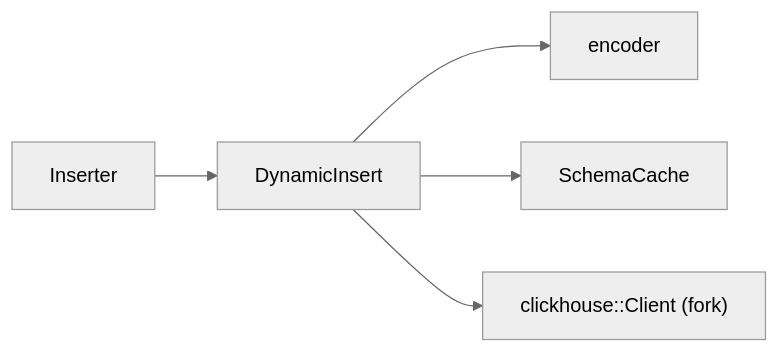
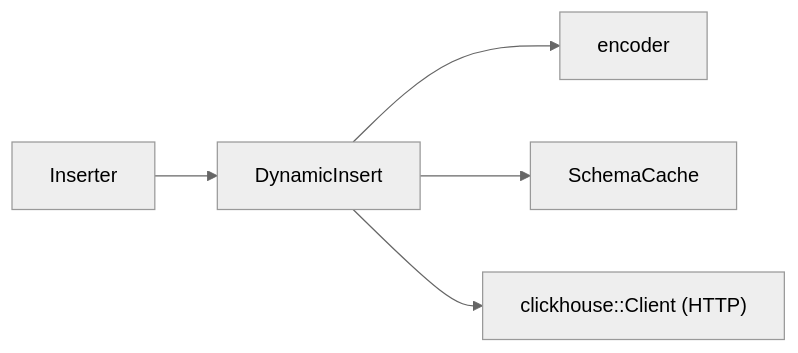
The diagram in docs/clickhouse/README.md (hyperi-io/dfe-loader), drawn with Mermaid (neutral theme) before and after one commit. The commit also changed other lines of this file and 77 other files, not shown here.

First line of the commit message:
fix: manual remediation of LLM auto fixes -- loader on dfe-clickhouse, not the clickhouse-rs fork (#302)

````diff
--- a/docs/clickhouse/README.md
+++ b/docs/clickhouse/README.md
@@ -18,11 +17,11 @@
 ```mermaid
 flowchart LR
     INS["Inserter"]
     DI["DynamicInsert"]
     SC["SchemaCache"]
     ENC["encoder"]
-    CL["clickhouse::Client (fork)"]
+    CL["clickhouse::Client (HTTP)"]
     INS --> DI --> ENC
     DI --> SC
     DI --> CL
 ```
````
